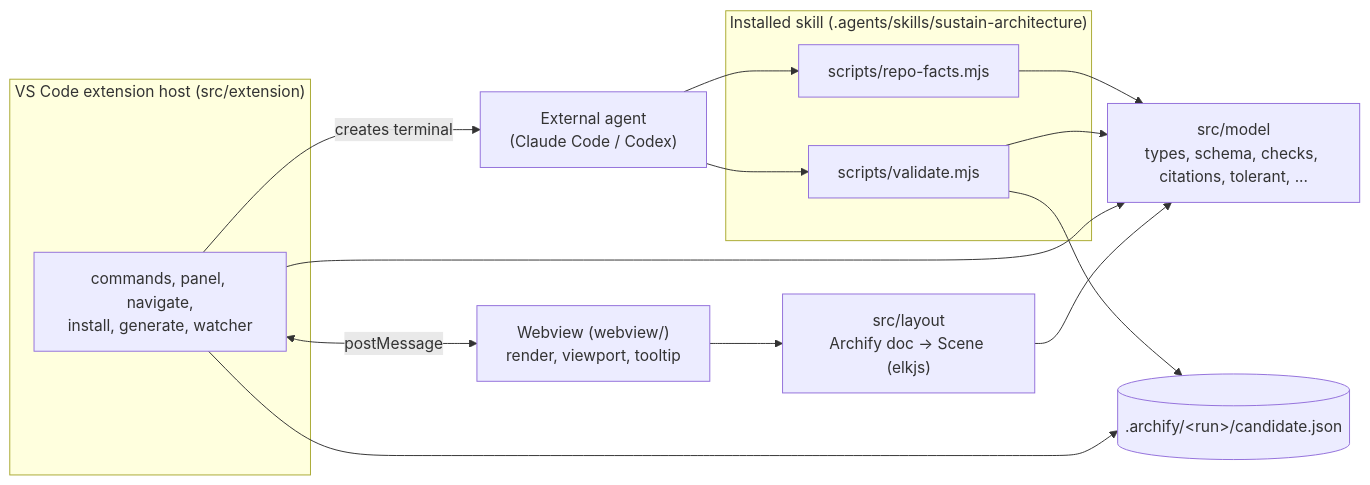
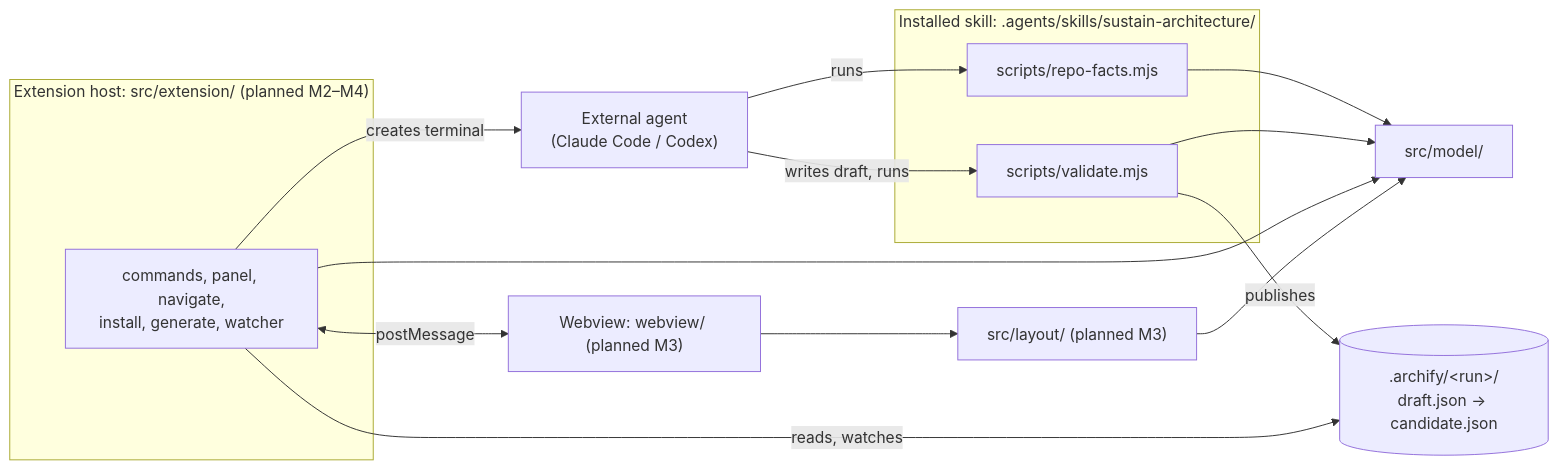
One commit to DennieDan/sustain changed the first of 2 diagrams in docs/architecture.md. Above: the diagram before and after it, drawn with Mermaid. The commit also changed other lines of this file and 28 other files, not shown here.

Commit message:
M1: Model, validator, repo facts (FR-MOD-01, FR-MOD-02, FR-VAL-01..06, FR-GIT-01, FR-RF-01; ADR 0017-0019)

````diff
--- a/docs/architecture.md
+++ b/docs/architecture.md
@@ -23,27 +9,27 @@
 ```mermaid
 flowchart LR
   agent["External agent<br/>(Claude Code / Codex)"]
-  subgraph skill["Installed skill (.agents/skills/sustain-architecture)"]
+  subgraph skill["Installed skill: .agents/skills/sustain-architecture/"]
     rf["scripts/repo-facts.mjs"]
     val["scripts/validate.mjs"]
   end
-  subgraph ext["VS Code extension host (src/extension)"]
+  subgraph ext["Extension host: src/extension/ (planned M2–M4)"]
     host["commands, panel, navigate,<br/>install, generate, watcher"]
   end
-  web["Webview (webview/)<br/>render, viewport, tooltip"]
-  model["src/model<br/>types, schema, checks, citations, tolerant, ..."]
-  layout["src/layout<br/>Archify doc → Scene (elkjs)"]
-  disk[(".archify/&lt;run&gt;/candidate.json")]
+  web["Webview: webview/ (planned M3)"]
+  model["src/model/"]
+  layout["src/layout/ (planned M3)"]
+  disk[(".archify/&lt;run&gt;/<br/>draft.json → candidate.json")]
 
-  agent --> rf
-  agent --> val
+  agent -- "runs" --> rf
+  agent -- "writes draft, runs" --> val
   rf --> model
   val --> model
-  val --> disk
+  val -- "publishes" --> disk
   host --> model
   host <-- "postMessage" --> web
   web --> layout
   layout --> model
-  host --> disk
+  host -- "reads, watches" --> disk
   host -- "creates terminal" --> agent
 ```
````
